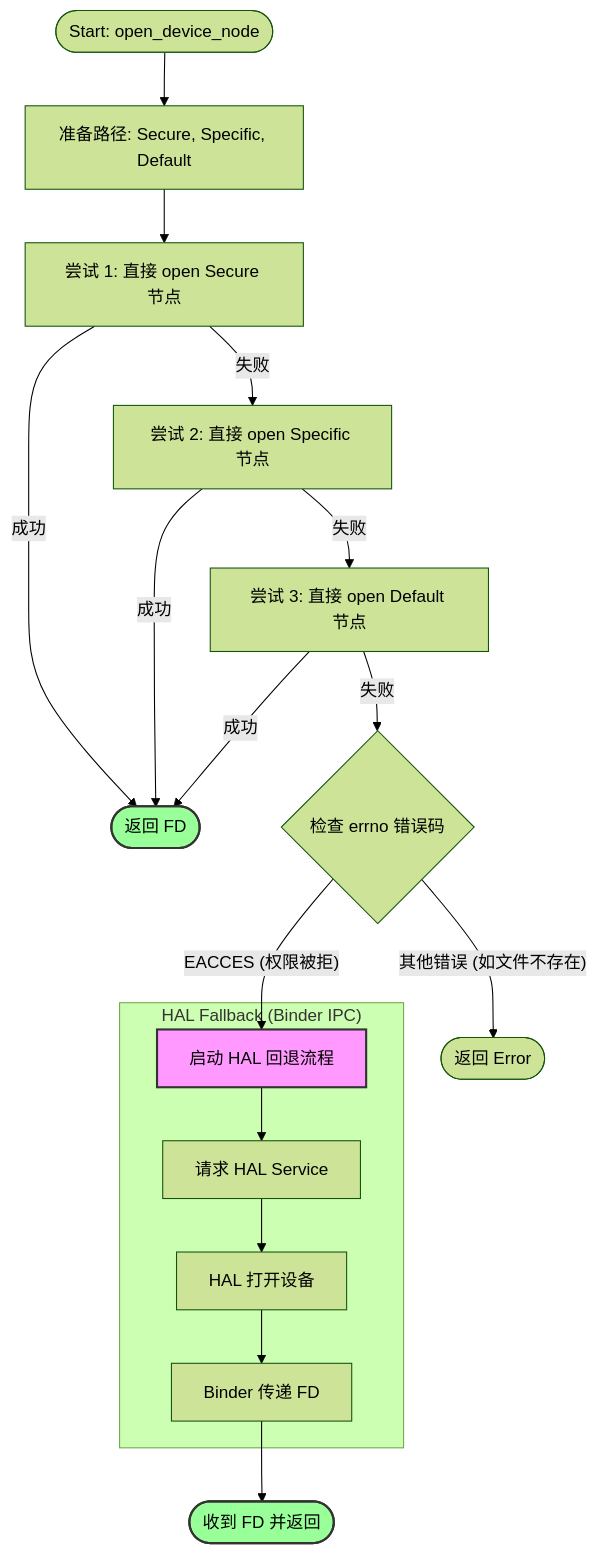
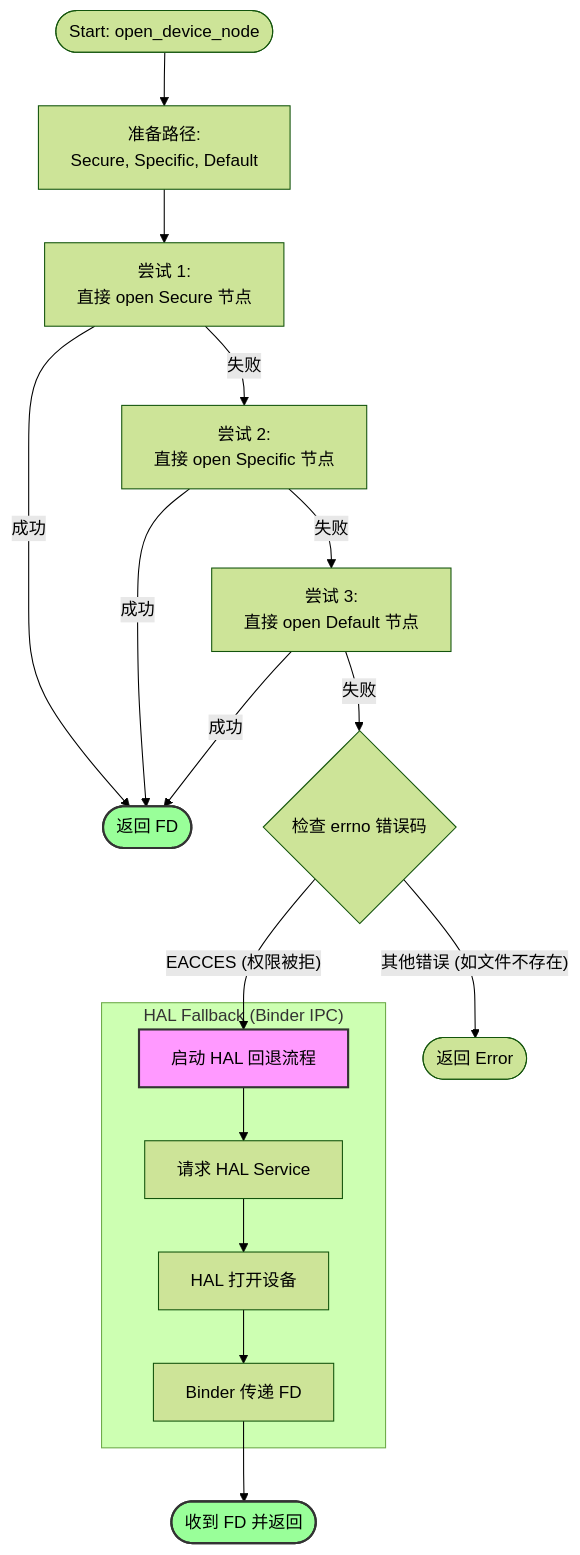
One commit to Ethen-Cao/ethenslab changed the diagram in content/explore-ai/QNN-achitecture.md. Above: the diagram before and after it, drawn with Mermaid (forest theme). The commit also changed other lines of this file and 37 other files, not shown here.

````diff
--- a/content/explore-ai/QNN-achitecture.md
+++ b/content/explore-ai/QNN-achitecture.md
@@ -90,31 +88,31 @@
 ```mermaid
 graph TD
-    start([Start: open_device_node]) --> prep[准备路径: Secure, Specific, Default]
+    start([Start: open_device_node]) --> prep[准备路径: <br/>Secure, Specific, Default]
     
-    prep --> try1[尝试 1: 直接 open Secure 节点]
+    prep --> try1[尝试 1: <br/>直接 open Secure 节点]
     try1 -- 成功 --> success([返回 FD])
-    try1 -- 失败 --> try2[尝试 2: 直接 open Specific 节点]
+    try1 -- 失败 --> try2[尝试 2: <br/>直接 open Specific 节点]
     
     try2 -- 成功 --> success
-    try2 -- 失败 --> try3[尝试 3: 直接 open Default 节点]
+    try2 -- 失败 --> try3[尝试 3: <br/>直接 open Default 节点]
     
     try3 -- 成功 --> success
     try3 -- 失败 --> checkErr{检查 errno 错误码}
     
     checkErr -- "其他错误 (如文件不存在)" --> fail([返回 Error])
     
     checkErr -- "EACCES (权限被拒)" --> hal_start[启动 HAL 回退流程]
     
     subgraph "HAL Fallback (Binder IPC)"
         hal_start --> call_hal[请求 HAL Service]
         call_hal --> hal_open[HAL 打开设备]
         hal_open --> binder_tx[Binder 传递 FD]
     end
     
     binder_tx --> hal_success([收到 FD 并返回])
     
     style hal_start fill:#f9f,stroke:#333,stroke-width:2px
     style success fill:#9f9,stroke:#333,stroke-width:2px
     style hal_success fill:#9f9,stroke:#333,stroke-width:2px
 
 ```
````
